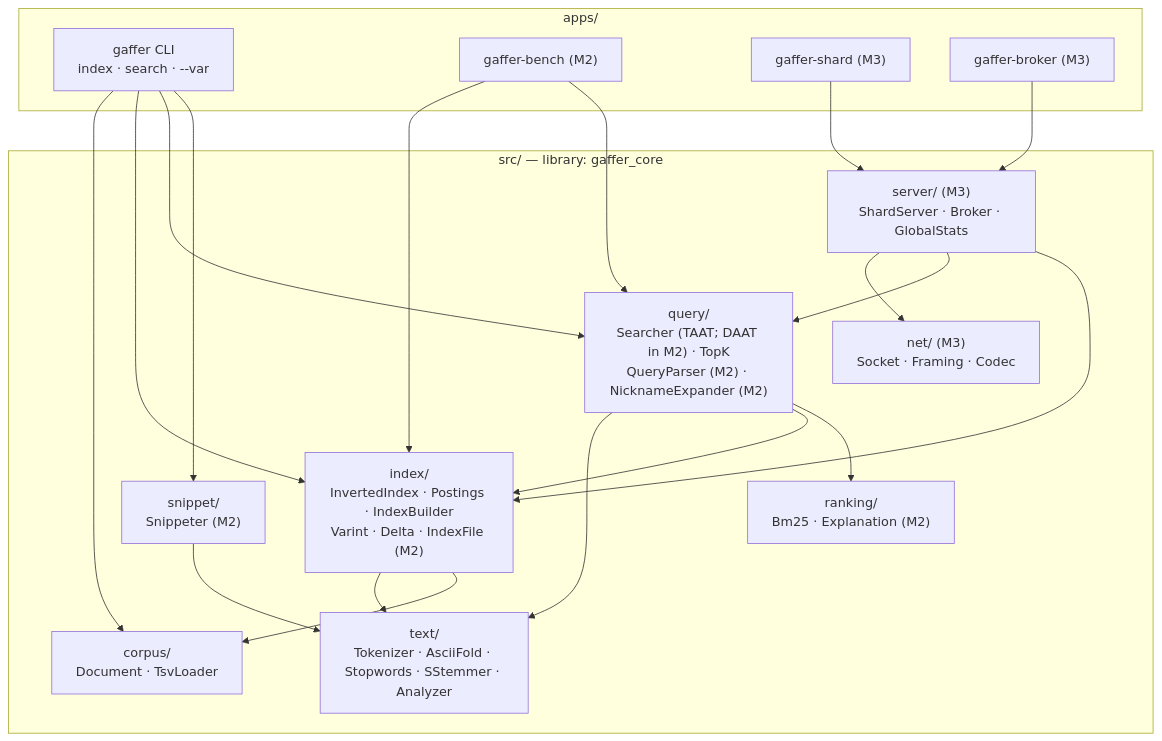
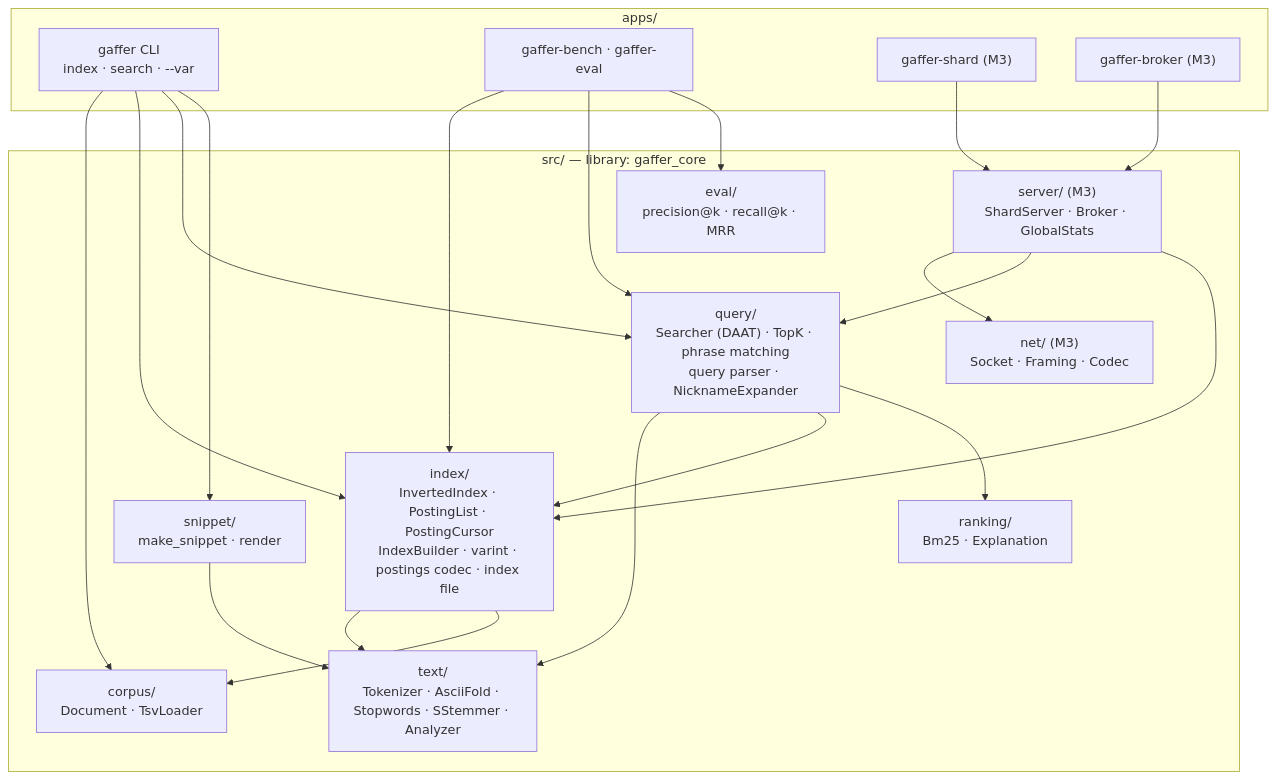
Before and after one commit to siddharth-sarma5/gaffer-search: the second of 5 diagrams in docs/ARCHITECTURE.md, drawn with Mermaid. The commit also changed other lines of this file and 3 other files, not shown here.

````diff
--- a/docs/ARCHITECTURE.md
+++ b/docs/ARCHITECTURE.md
@@ -27,29 +27,30 @@
 ```mermaid
 flowchart TB
     subgraph apps[apps/]
         cli["gaffer CLI<br/>index · search · --var"]
-        bench["gaffer-bench (M2)"]
+        bench["gaffer-bench · gaffer-eval"]
         shard["gaffer-shard (M3)"]
         broker["gaffer-broker (M3)"]
     end
 
     subgraph core["src/ — library: gaffer_core"]
         corpusm["corpus/<br/>Document · TsvLoader"]
         text["text/<br/>Tokenizer · AsciiFold · Stopwords · SStemmer · Analyzer"]
-        index["index/<br/>InvertedIndex · Postings · IndexBuilder<br/>Varint · Delta · IndexFile (M2)"]
-        ranking["ranking/<br/>Bm25 · Explanation (M2)"]
-        query["query/<br/>Searcher (TAAT; DAAT in M2) · TopK<br/>QueryParser (M2) · NicknameExpander (M2)"]
-        snippet["snippet/<br/>Snippeter (M2)"]
+        index["index/<br/>InvertedIndex · PostingList · PostingCursor<br/>IndexBuilder · varint · postings codec · index file"]
+        ranking["ranking/<br/>Bm25 · Explanation"]
+        query["query/<br/>Searcher (DAAT) · TopK · phrase matching<br/>query parser · NicknameExpander"]
+        snippet["snippet/<br/>make_snippet · render"]
+        evalm["eval/<br/>precision@k · recall@k · MRR"]
         net["net/ (M3)<br/>Socket · Framing · Codec"]
         server["server/ (M3)<br/>ShardServer · Broker · GlobalStats"]
     end
 
     cli --> corpusm & index & query & snippet
-    bench --> index & query
+    bench --> index & query & evalm
     shard --> server
     broker --> server
     server --> net & query & index
     query --> text & index & ranking
     index --> text & corpusm
     snippet --> text
 ```
````
